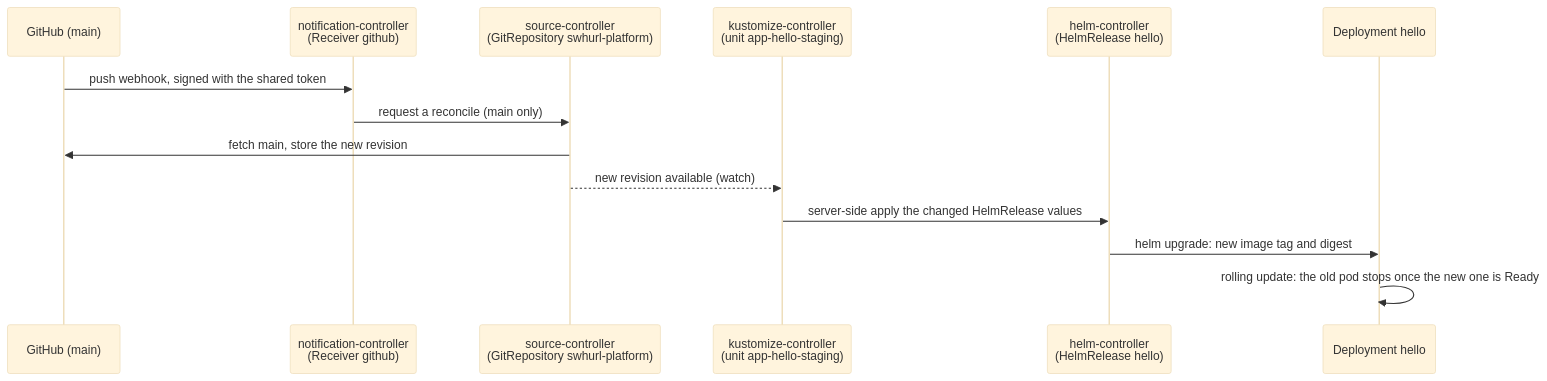
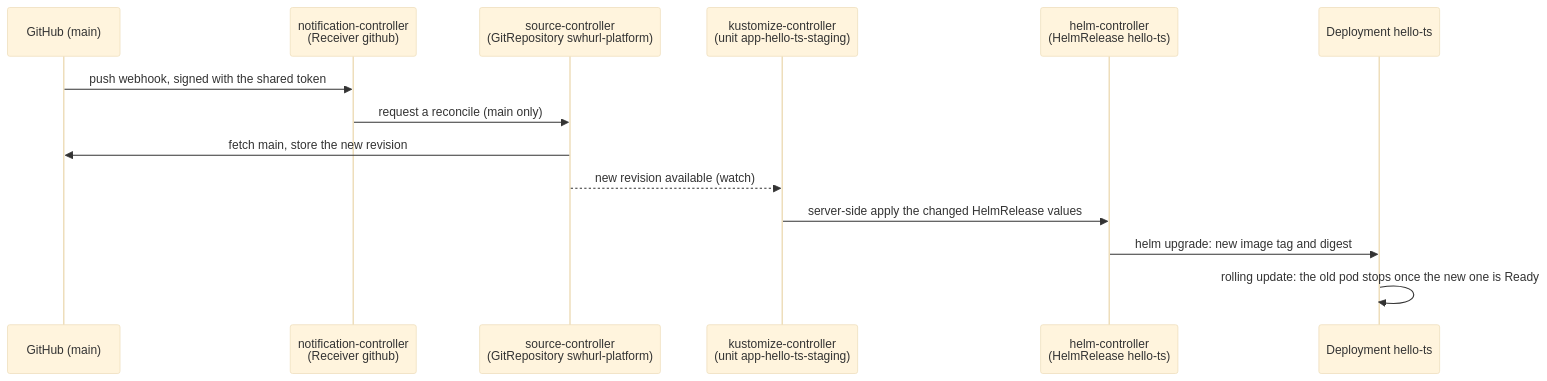
The second of 5 diagrams in docs/architecture.md (samclement/swhurl-platform), drawn with Mermaid (base theme) before and after one commit. The commit also changed other lines of this file and 20 other files, not shown here.

First line of the commit message:
Retire hello and require template-made apps in the app policy

````diff
--- a/docs/architecture.md
+++ b/docs/architecture.md
@@ -96,16 +96,16 @@
 ```mermaid
 sequenceDiagram
   participant Git as GitHub (main)
   participant NC as notification-controller<br/>(Receiver github)
   participant SC as source-controller<br/>(GitRepository swhurl-platform)
-  participant KC as kustomize-controller<br/>(unit app-hello-staging)
-  participant HC as helm-controller<br/>(HelmRelease hello)
-  participant K as Deployment hello
+  participant KC as kustomize-controller<br/>(unit app-hello-ts-staging)
+  participant HC as helm-controller<br/>(HelmRelease hello-ts)
+  participant K as Deployment hello-ts
   Git->>NC: push webhook, signed with the shared token
   NC->>SC: request a reconcile (main only)
   SC->>Git: fetch main, store the new revision
   SC-->>KC: new revision available (watch)
   KC->>HC: server-side apply the changed HelmRelease values
   HC->>K: helm upgrade: new image tag and digest
   K->>K: rolling update: the old pod stops once the new one is Ready
 ```
````
